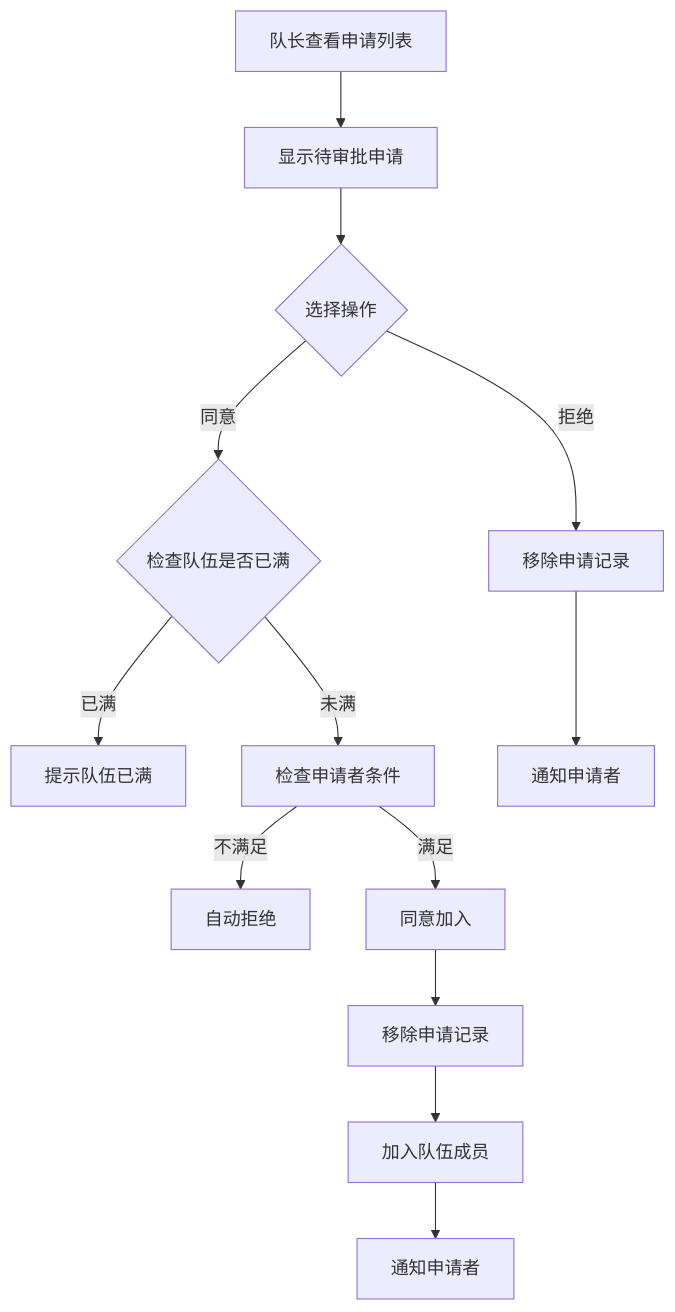
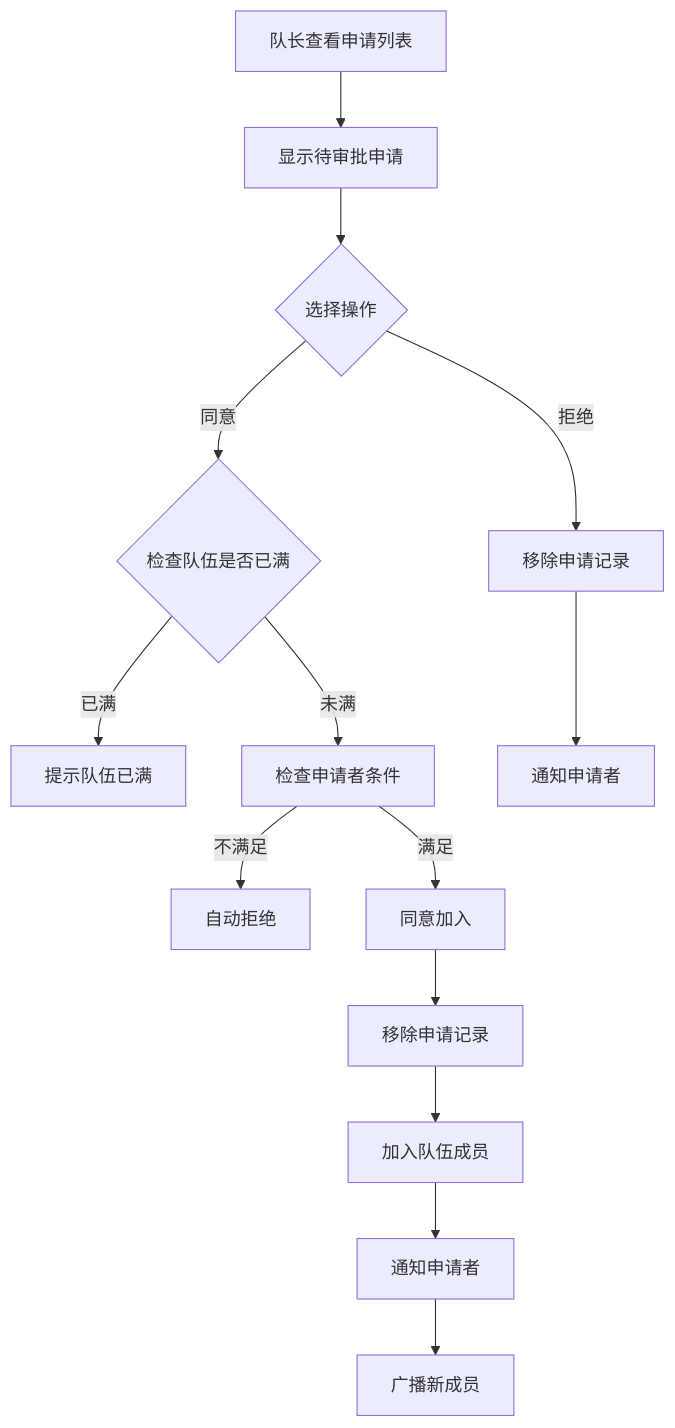
One commit to Alan-Ben/k2c_game_framework changed the fourth of 6 diagrams in docs/Module_ActivityTeam/05_完整说明.md. Above: the diagram before and after it, drawn with Mermaid. The commit also changed other lines of this file and 5 other files, not shown here.

````diff
--- a/docs/Module_ActivityTeam/05_完整说明.md
+++ b/docs/Module_ActivityTeam/05_完整说明.md
@@ -136,15 +177,16 @@
 ```mermaid
 flowchart TD
     A[队长查看申请列表] --> B[显示待审批申请]
     B --> C{选择操作}
     C -->|同意| D{检查队伍是否已满}
     D -->|已满| E[提示队伍已满]
     D -->|未满| F[检查申请者条件]
     F -->|不满足| G[自动拒绝]
     F -->|满足| H[同意加入]
     H --> I[移除申请记录]
     I --> J[加入队伍成员]
     J --> K[通知申请者]
-    C -->|拒绝| L[移除申请记录]
-    L --> M[通知申请者]
+    K --> L[广播新成员]
+    C -->|拒绝| M[移除申请记录]
+    M --> N[通知申请者]
 ```
````
